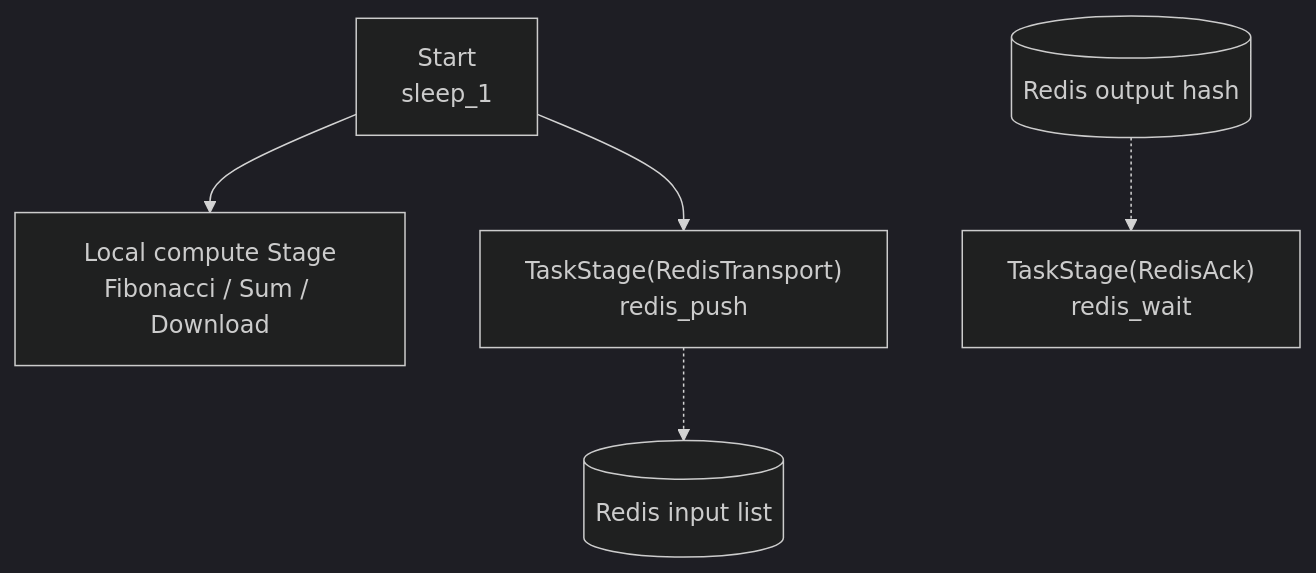
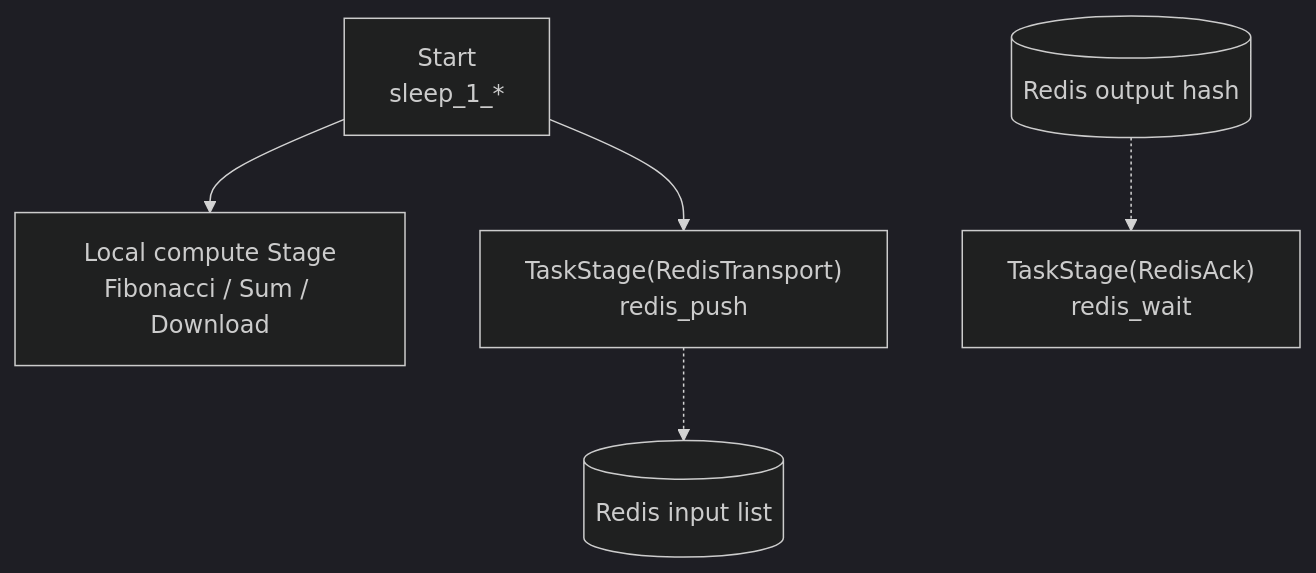
One commit to Mr-xiaotian/CelestialFlow changed the third of 4 diagrams in docs/en/demo/demo_redis.md. Above: the diagram before and after it, drawn with Mermaid (dark theme). The commit also changed other lines of this file and 156 other files, not shown here.

````diff
--- a/docs/en/demo/demo_redis.md
+++ b/docs/en/demo/demo_redis.md
@@ -259,7 +220,7 @@
 ```mermaid
 flowchart TB
-    Start["Start<br/>sleep_1"] --> Local["Local compute Stage<br/>Fibonacci / Sum / Download"]
+    Start["Start<br/>sleep_1_*"] --> Local["Local compute Stage<br/>Fibonacci / Sum / Download"]
     Start --> Transport["TaskStage(RedisTransport)<br/>redis_push"]
     Transport -.-> RedisIn[(Redis input list)]
     RedisOut[(Redis output hash)] -.-> Ack["TaskStage(RedisAck)<br/>redis_wait"]
 ```
````
